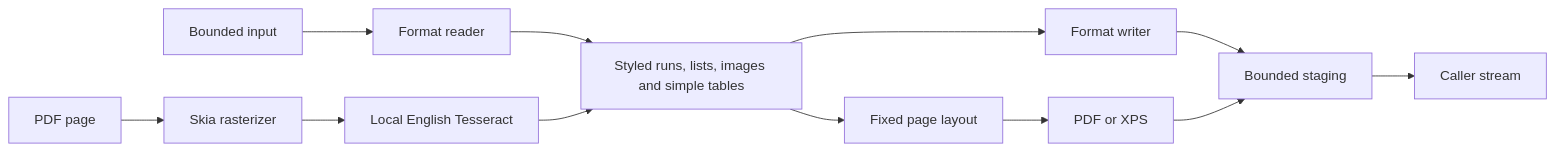
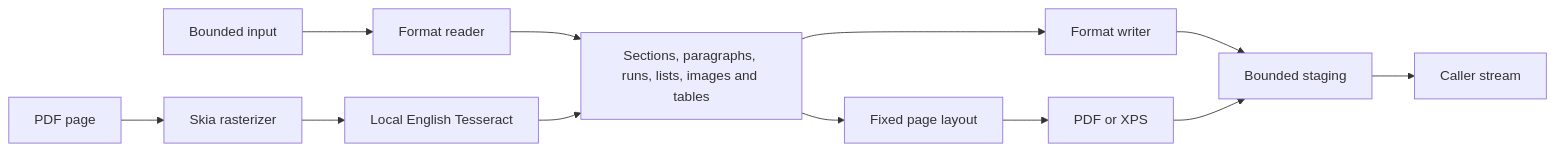
One commit to kirakosyan/word.net changed the diagram in docs/architecture.md. Above: the diagram before and after it, drawn with Mermaid. The commit also changed other lines of this file and 89 other files, not shown here.

````diff
--- a/docs/architecture.md
+++ b/docs/architecture.md
@@ -11,14 +11,14 @@
 ```mermaid
 flowchart LR
     A[Bounded input] --> B[Format reader]
-    B --> C[Styled runs, lists, images and simple tables]
+    B --> C[Sections, paragraphs, runs, lists, images and tables]
     C --> D[Format writer]
     D --> E[Bounded staging]
     E --> F[Caller stream]
     P[PDF page] --> R[Skia rasterizer]
     R --> O[Local English Tesseract]
     O --> C
     C --> L[Fixed page layout]
     L --> X[PDF or XPS]
     X --> E
 ```
````
